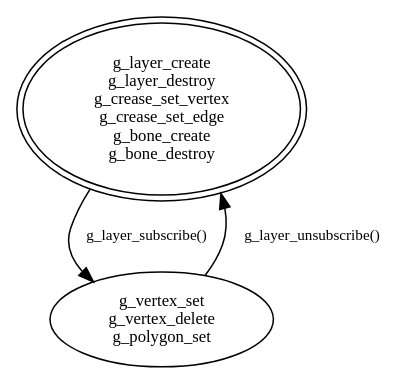
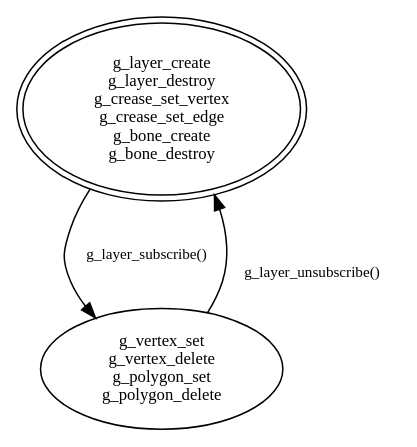
The diagram in media/subscription/subscription-g.dot (versenaut/verse-spec), drawn with Graphviz before and after one commit. The commit also changed 1 other file, not shown here.

Commit message:
Label edits

```diff
--- a/media/subscription/subscription-g.dot
+++ b/media/subscription/subscription-g.dot
@@ -1,15 +1,15 @@
 /*
 ** Geometry subscription graph.
 */
 
 digraph subscription {
 	node [label="\N", shape="ellipse", fontsize="11"];
 	edge [fontsize="10"];
 
 	geometry -> layer [label="g_layer_subscribe()"];
-	layer -> geometry [label="g_layer_unsubscribe()"];
+	layer -> geometry [label="\n\ng_layer_unsubscribe()"];
 
-	layer [label="g_vertex_set\ng_vertex_delete\ng_polygon_set"];
+	layer [label="g_vertex_set\ng_vertex_delete\ng_polygon_set\ng_polygon_delete"];
 
 	geometry [peripheries="2", label="g_layer_create\ng_layer_destroy\ng_crease_set_vertex\ng_crease_set_edge\ng_bone_create\ng_bone_destroy"];
 }
```
